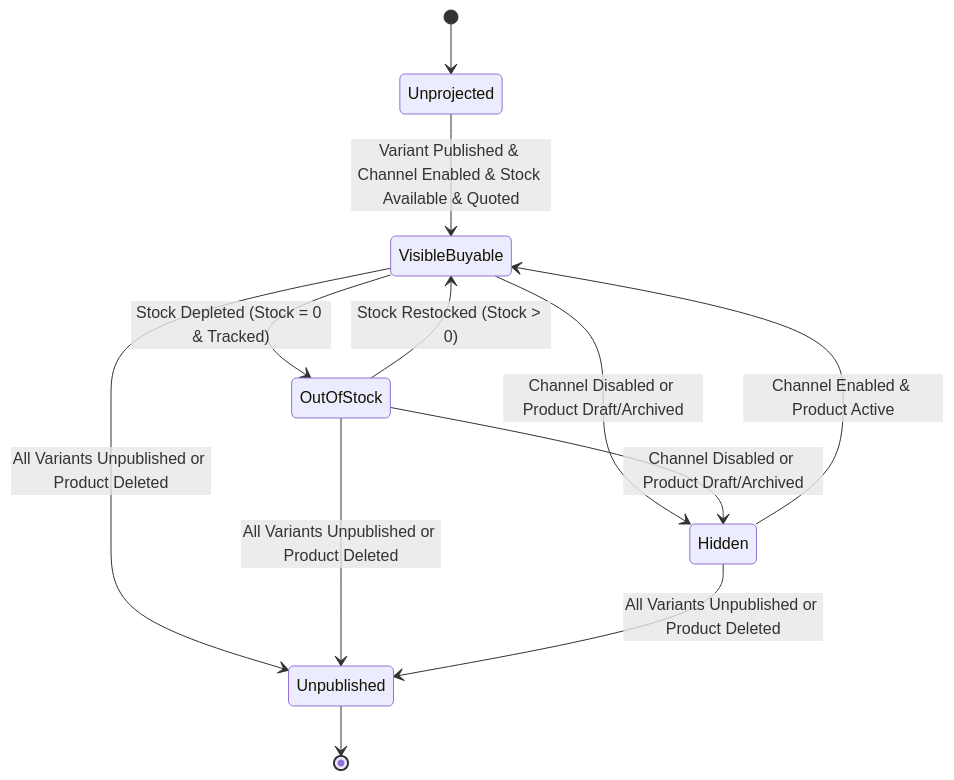
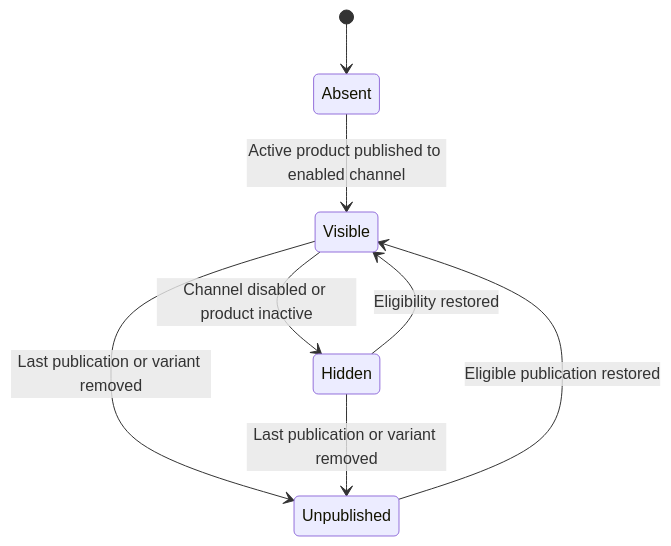
Before and after one commit to khinemyaezin/grab: the second of 4 diagrams in docs/spec/system/storefront-query-tech-spec.md, drawn with Mermaid. The commit also changed other lines of this file and 26 other files, not shown here.

````diff
--- a/docs/spec/system/storefront-query-tech-spec.md
+++ b/docs/spec/system/storefront-query-tech-spec.md
@@ -74,14 +50,10 @@
 ```mermaid
 stateDiagram-v2
-    [*] --> Unprojected
-    Unprojected --> VisibleBuyable: Variant Published & Channel Enabled & Stock Available & Quoted
-    VisibleBuyable --> OutOfStock: Stock Depleted (Stock = 0 & Tracked)
-    OutOfStock --> VisibleBuyable: Stock Restocked (Stock > 0)
-    VisibleBuyable --> Hidden: Channel Disabled or Product Draft/Archived
-    OutOfStock --> Hidden: Channel Disabled or Product Draft/Archived
-    Hidden --> VisibleBuyable: Channel Enabled & Product Active
-    VisibleBuyable --> Unpublished: All Variants Unpublished or Product Deleted
-    OutOfStock --> Unpublished: All Variants Unpublished or Product Deleted
-    Hidden --> Unpublished: All Variants Unpublished or Product Deleted
-    Unpublished --> [*]
+    [*] --> Absent
+    Absent --> Visible: Active product published to enabled channel
+    Visible --> Hidden: Channel disabled or product inactive
+    Hidden --> Visible: Eligibility restored
+    Visible --> Unpublished: Last publication or variant removed
+    Hidden --> Unpublished: Last publication or variant removed
+    Unpublished --> Visible: Eligible publication restored
 ```
````
